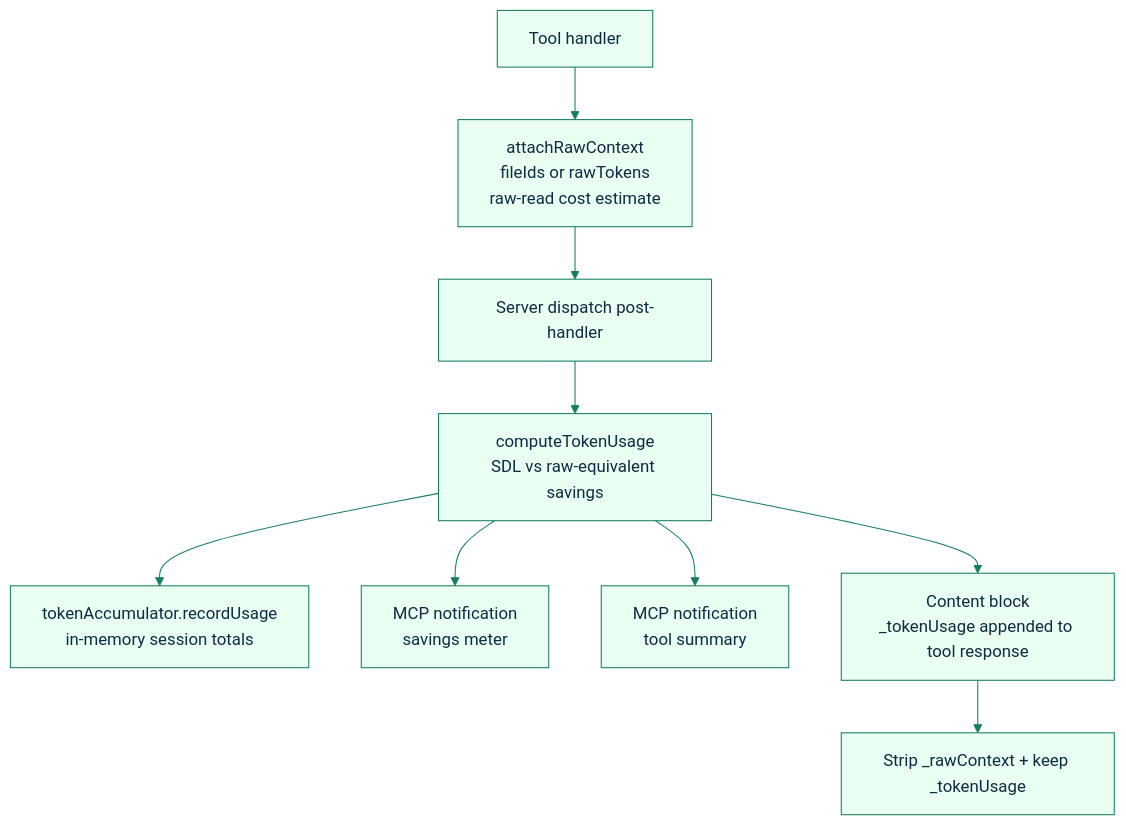
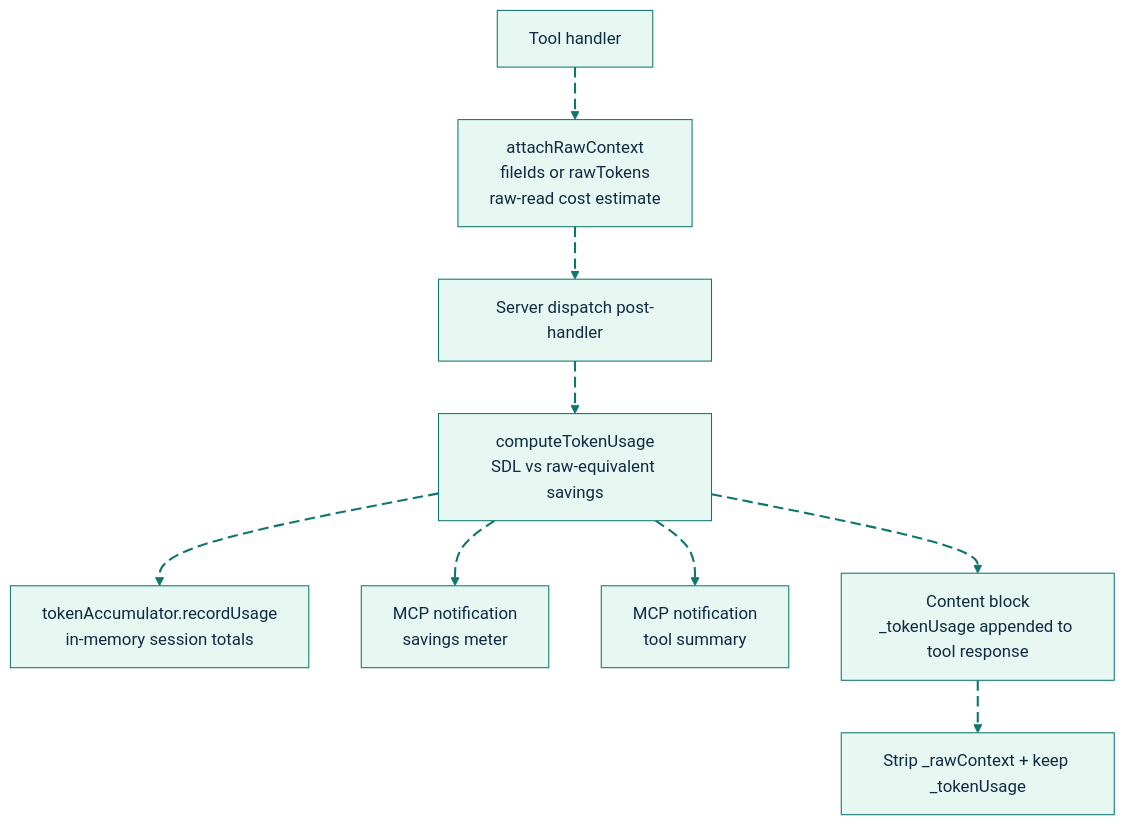
The first of 3 diagrams in docs/feature-deep-dives/token-savings-meter.md (GlitterKill/sdl-mcp), drawn with Mermaid before and after one commit. The commit also changed other lines of this file and 33 other files, not shown here.

First line of the commit message:
docs: update mermaid diagram themes and styling across documentation

````diff
--- a/docs/feature-deep-dives/token-savings-meter.md
+++ b/docs/feature-deep-dives/token-savings-meter.md
@@ -21,18 +21,31 @@
 ```mermaid
-%%{init: {"theme":"base","themeVariables":{"primaryColor":"#e8fff1","primaryBorderColor":"#157f5b","primaryTextColor":"#102a43","secondaryColor":"#eef6ff","secondaryBorderColor":"#2563eb","tertiaryColor":"#fff4d6","tertiaryBorderColor":"#b45309","lineColor":"#157f5b","fontFamily":"Trebuchet MS, Arial"},"flowchart":{"curve":"basis"}}}%%
+%%{init: {"theme":"base","themeVariables":{"background":"#ffffff","primaryColor":"#E7F8F2","primaryBorderColor":"#0F766E","primaryTextColor":"#102A43","secondaryColor":"#E8F1FF","secondaryBorderColor":"#2563EB","secondaryTextColor":"#102A43","tertiaryColor":"#FFF4D6","tertiaryBorderColor":"#B45309","tertiaryTextColor":"#102A43","lineColor":"#0F766E","textColor":"#102A43","fontFamily":"Inter, ui-sans-serif, system-ui, -apple-system, BlinkMacSystemFont, Segoe UI, sans-serif"},"flowchart":{"curve":"basis","htmlLabels":true}}}%%
 flowchart TD
     Handler["Tool handler"]
     Raw["attachRawContext<br/>fileIds or rawTokens<br/>raw-read cost estimate"]
     Post["Server dispatch post-handler"]
     Usage["computeTokenUsage<br/>SDL vs raw-equivalent savings"]
     Acc["tokenAccumulator.recordUsage<br/>in-memory session totals"]
     Meter["MCP notification<br/>savings meter"]
     Summary["MCP notification<br/>tool summary"]
     Block["Content block<br/>_tokenUsage appended to tool response"]
     Strip["Strip _rawContext + keep _tokenUsage"]
 
-    Handler --> Raw --> Post --> Usage --> Acc
-    Usage --> Meter
-    Usage --> Summary
-    Usage --> Block --> Strip
+    Handler e1@--> Raw
+    Raw e2@--> Post
+    Post e3@--> Usage
+    Usage e4@--> Acc
+    Usage e5@--> Meter
+    Usage e6@--> Summary
+    Usage e7@--> Block
+    Block e8@--> Strip
+
+    classDef source fill:#E7F8F2,stroke:#0F766E,stroke-width:2px,color:#102A43;
+    classDef process fill:#E8F1FF,stroke:#2563EB,stroke-width:2px,color:#102A43;
+    classDef decision fill:#FFF4D6,stroke:#B45309,stroke-width:2px,color:#102A43;
+    classDef storage fill:#F2E8FF,stroke:#7C3AED,stroke-width:2px,color:#102A43;
+    classDef output fill:#FFE8EF,stroke:#BE123C,stroke-width:2px,color:#102A43;
+    classDef muted fill:#F8FAFC,stroke:#64748B,stroke-width:1px,color:#102A43;
+    classDef animate stroke:#0F766E,stroke-width:2px,stroke-dasharray:10\,5,stroke-dashoffset:900,animation:dash 22s linear infinite;
+    class e1,e2,e3,e4,e5,e6,e7,e8 animate;
 ```
````
